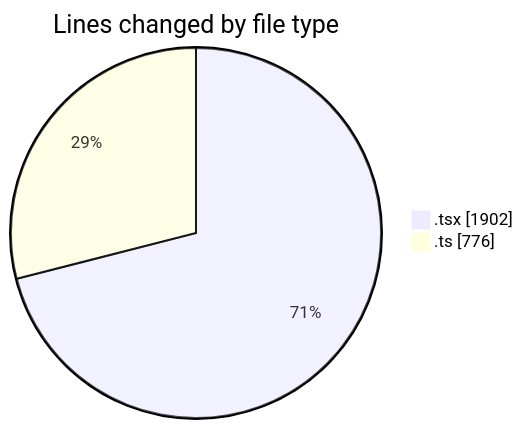
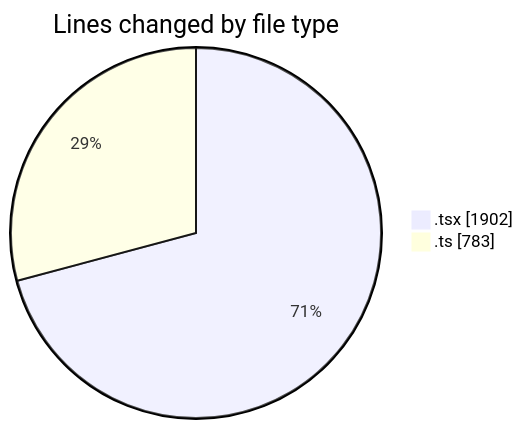
Before and after one commit to nxtqubesakshisongat/code-tracking: the first of 2 diagrams in 2026-05-14/nxtqube_webapp/README.md, drawn with Mermaid. The commit also changed other lines of this file and 1 other file, not shown here.

````diff
--- a/2026-05-14/nxtqube_webapp/README.md
+++ b/2026-05-14/nxtqube_webapp/README.md
@@ -23,6 +23,6 @@
 ```mermaid
 pie showData
 title Lines changed by file type
 ".tsx" : 1902
-".ts" : 776
+".ts" : 783
 ```
````
